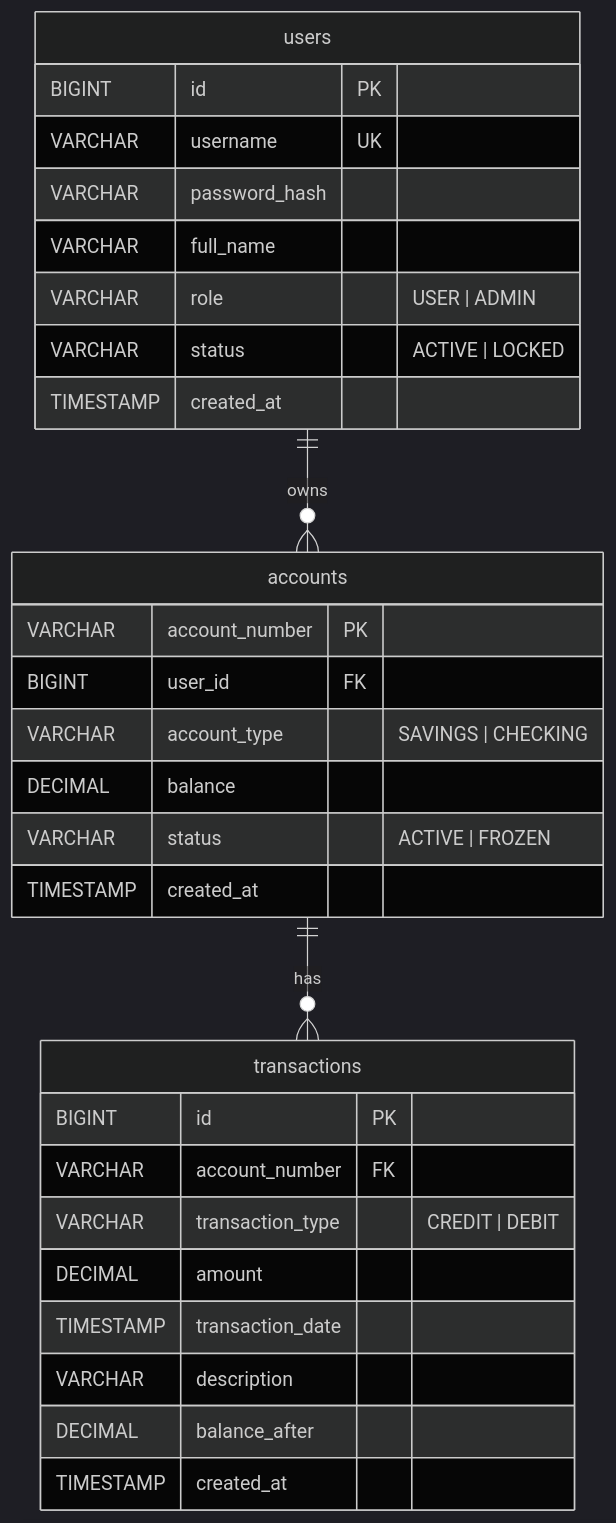
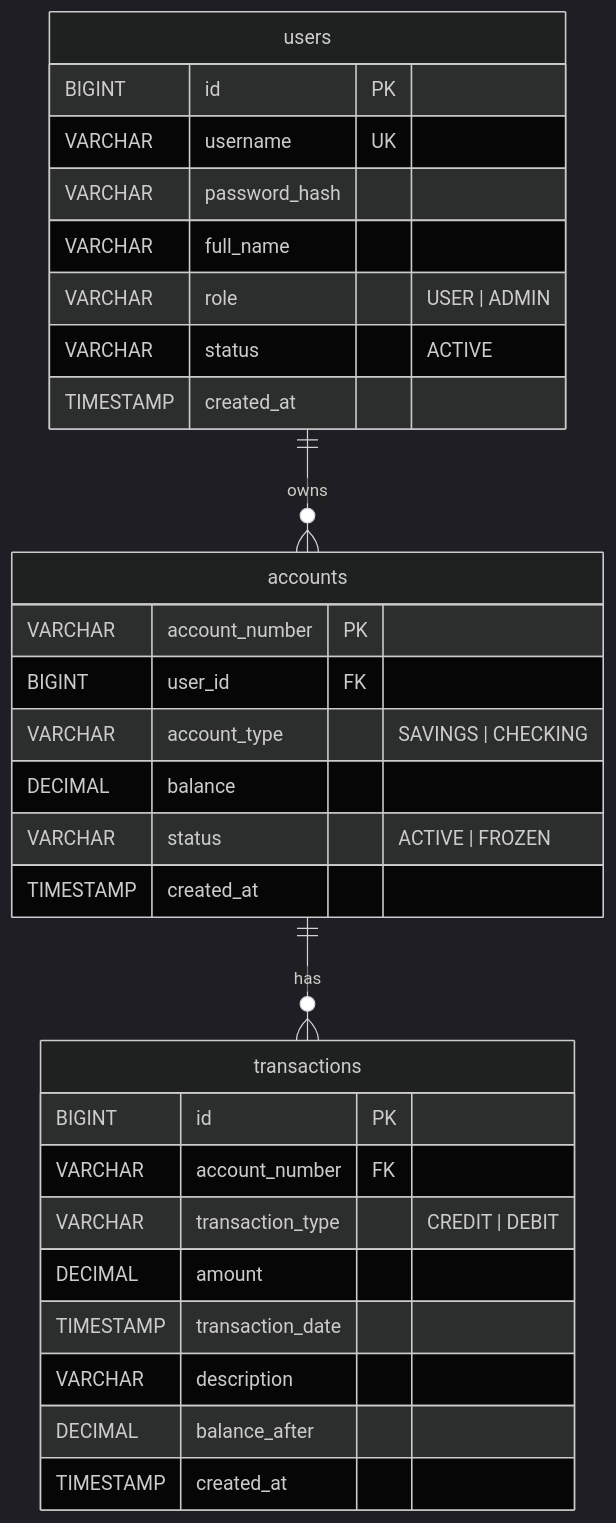
One commit to dishacodes15/jdbc-transaction-tracker changed the fourth of 4 diagrams in DESIGN.md. Above: the diagram before and after it, drawn with Mermaid (dark theme). The commit also changed other lines of this file and 8 other files, not shown here.

````diff
--- a/DESIGN.md
+++ b/DESIGN.md
@@ -121,33 +121,33 @@
 ```mermaid
 erDiagram
     users ||--o{ accounts : owns
     accounts ||--o{ transactions : has
 
     users {
         BIGINT id PK
         VARCHAR username UK
         VARCHAR password_hash
         VARCHAR full_name
         VARCHAR role         "USER | ADMIN"
-        VARCHAR status       "ACTIVE | LOCKED"
+        VARCHAR status       "ACTIVE"
         TIMESTAMP created_at
     }
     accounts {
         VARCHAR account_number PK
         BIGINT user_id FK
         VARCHAR account_type   "SAVINGS | CHECKING"
         DECIMAL balance
         VARCHAR status         "ACTIVE | FROZEN"
         TIMESTAMP created_at
     }
     transactions {
         BIGINT id PK
         VARCHAR account_number FK
         VARCHAR transaction_type "CREDIT | DEBIT"
         DECIMAL amount
         TIMESTAMP transaction_date
         VARCHAR description
         DECIMAL balance_after
         TIMESTAMP created_at
     }
 ```
````
